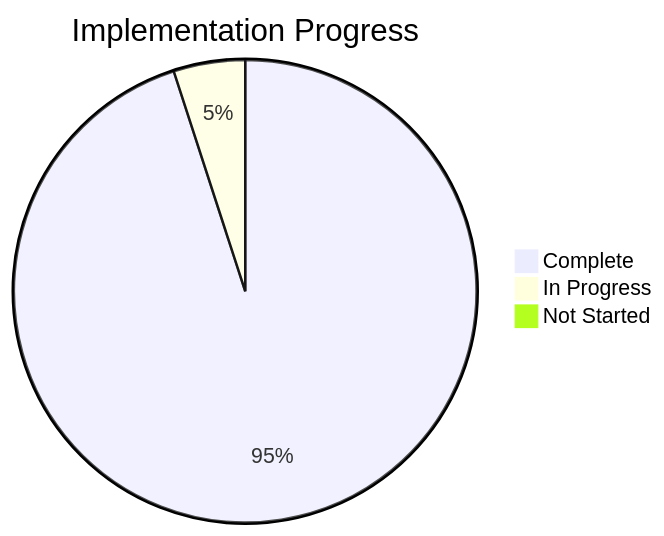
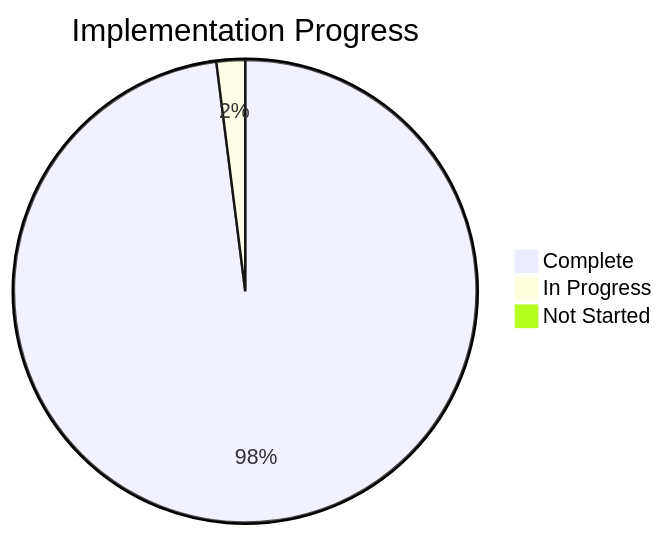
Before and after one commit to amo-tech-ai/mdeai: the first of 2 diagrams in docs/tasks/00-progress-tracker.md, drawn with Mermaid. The commit also changed other lines of this file and 1 other file, not shown here.

````diff
--- a/docs/tasks/00-progress-tracker.md
+++ b/docs/tasks/00-progress-tracker.md
@@ -9,6 +9,6 @@
 ```mermaid
 pie title Implementation Progress
-    "Complete" : 95
-    "In Progress" : 5
+    "Complete" : 98
+    "In Progress" : 2
     "Not Started" : 0
 ```
````
